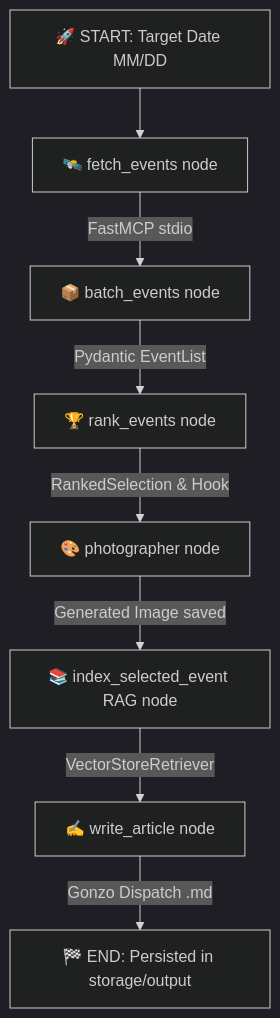
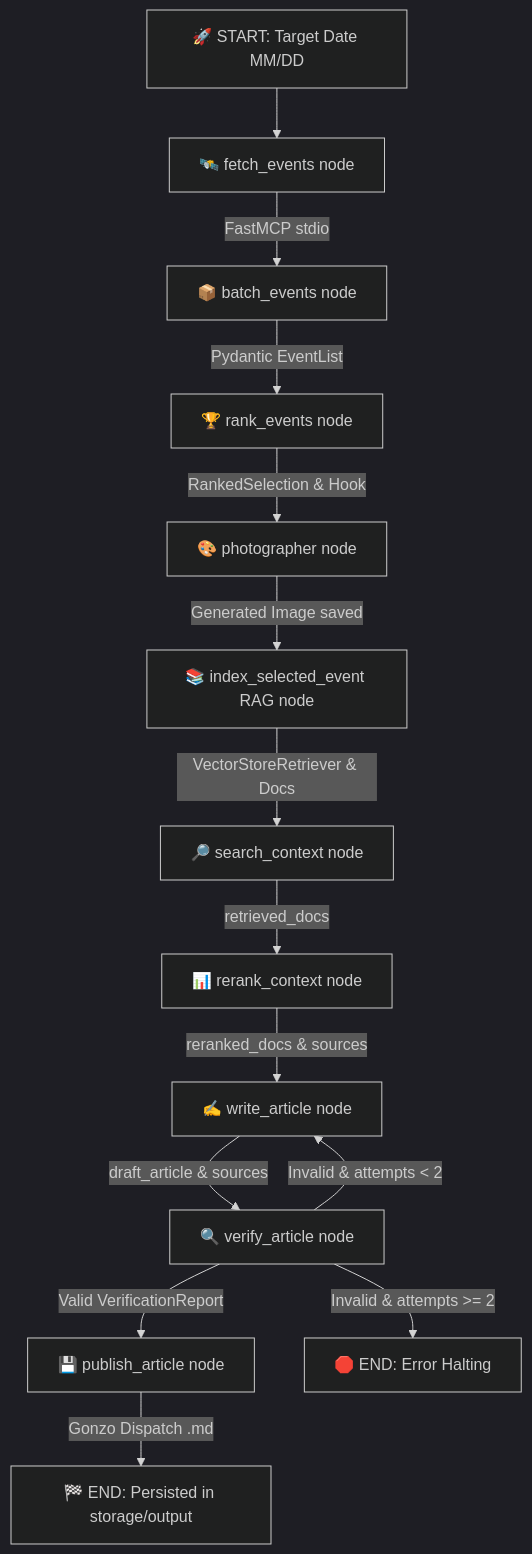
The diagram in README.md (eduardomachado93/chrono-s-thompson), drawn with Mermaid (dark theme) before and after one commit. The commit also changed other lines of this file and 21 other files, not shown here.

````diff
--- a/README.md
+++ b/README.md
@@ -30,10 +34,16 @@
 ```mermaid
 graph TD
     A[🚀 START: Target Date MM/DD] --> B[🛰️ fetch_events node]
     B -->|FastMCP stdio| C[📦 batch_events node]
     C -->|Pydantic EventList| D[🏆 rank_events node]
     D -->|RankedSelection & Hook| E[🎨 photographer node]
     E -->|Generated Image saved| F[📚 index_selected_event RAG node]
-    F -->|VectorStoreRetriever| G[✍️ write_article node]
-    G -->|Gonzo Dispatch .md| H[🏁 END: Persisted in storage/output]
+    F -->|VectorStoreRetriever & Docs| G[🔎 search_context node]
+    G -->|retrieved_docs| H[📊 rerank_context node]
+    H -->|reranked_docs & sources| I[✍️ write_article node]
+    I -->|draft_article & sources| J[🔍 verify_article node]
+    J -->|Invalid & attempts < 2| I
+    J -->|Valid VerificationReport| K[💾 publish_article node]
+    J -->|Invalid & attempts >= 2| L[🛑 END: Error Halting]
+    K -->|Gonzo Dispatch .md| M[🏁 END: Persisted in storage/output]
 ```
````
